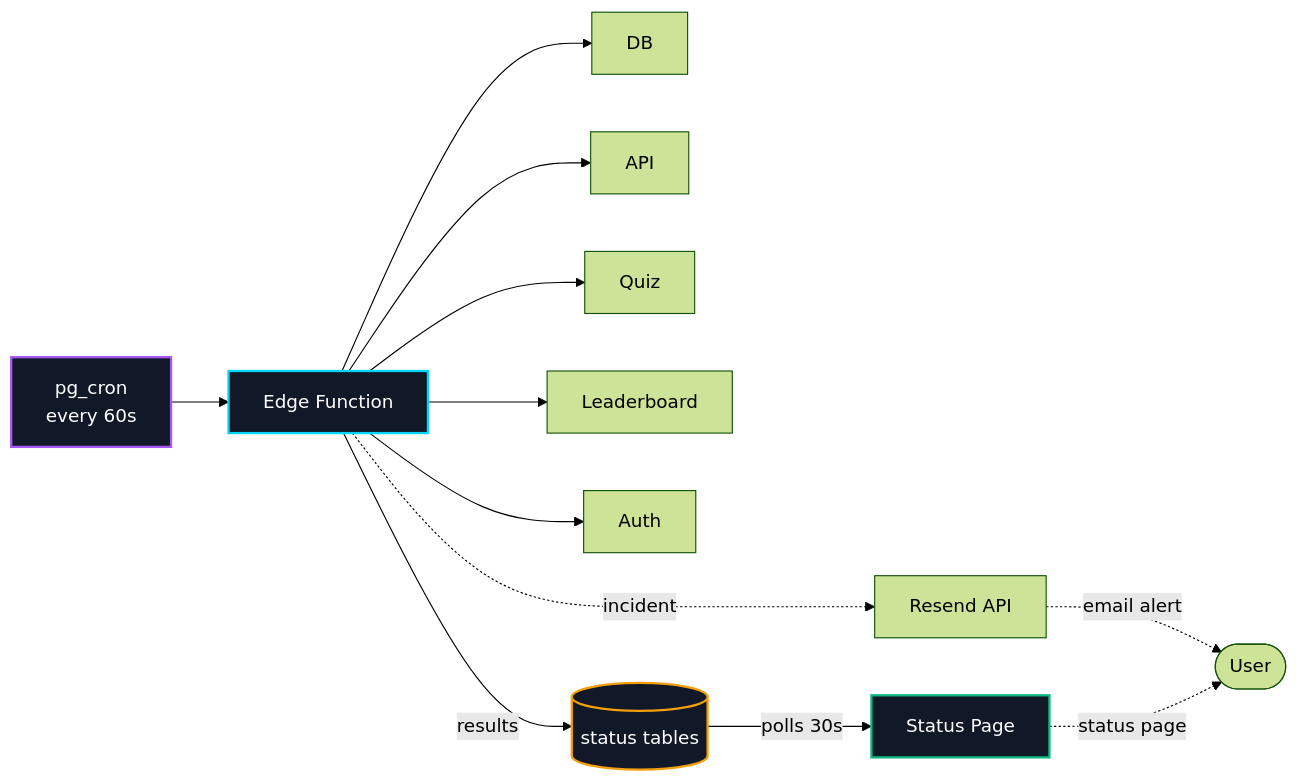
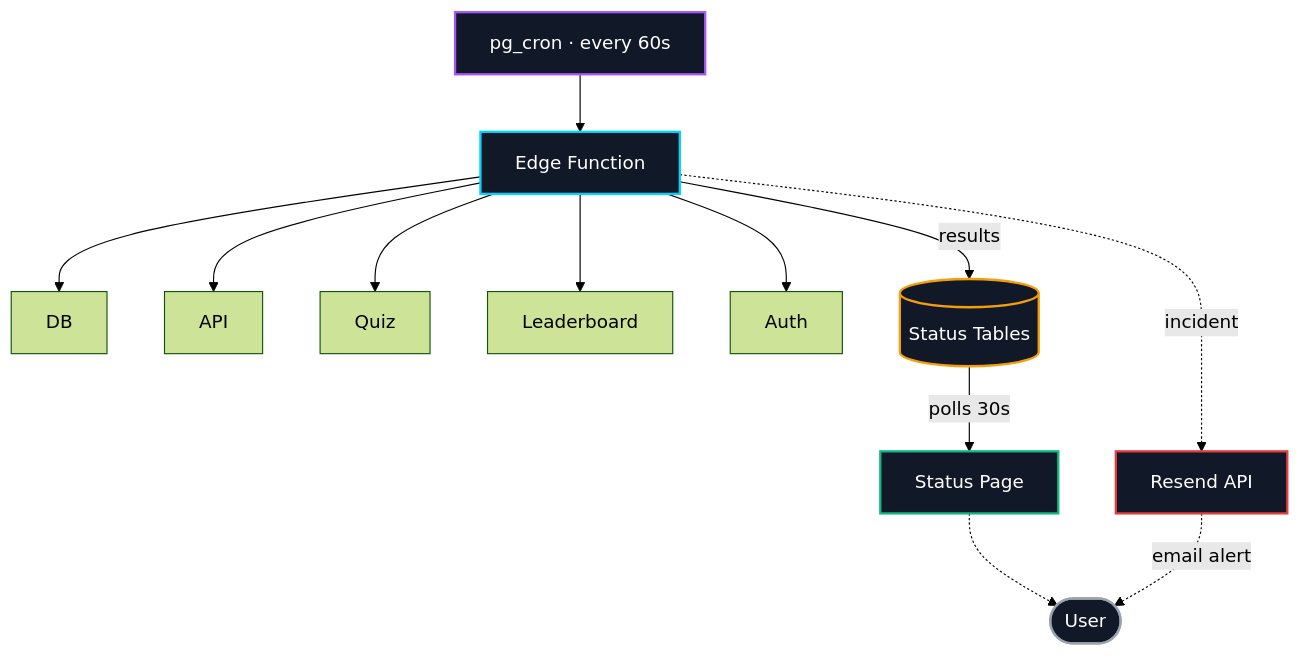
Before and after one commit to or-carmeli/KubeQuest: the fifth of 9 diagrams in README.md, drawn with Mermaid (forest theme).

Commit message:
docs: switch observability diagram to top-down layout for mobile

````diff
--- a/README.md
+++ b/README.md
@@ -209,19 +209,17 @@
 ```mermaid
-flowchart LR
-    CRON["pg_cron<br/>every 60s"] --> EDGE["Edge Function"]
-    EDGE --> DB["DB"]
-    EDGE --> API["API"]
-    EDGE --> QUIZ["Quiz"]
-    EDGE --> LB["Leaderboard"]
-    EDGE --> AUTH["Auth"]
-    EDGE -->|results| STORE[("status tables")]
+flowchart TD
+    CRON["pg_cron · every 60s"] --> EDGE["Edge Function"]
+    EDGE --> DB["DB"] & API["API"] & QUIZ["Quiz"] & LB["Leaderboard"] & AUTH["Auth"]
+    EDGE -->|results| STORE[("Status Tables")]
     STORE -->|polls 30s| UI["Status Page"]
+    UI -.-> USER([User])
     EDGE -.->|incident| RESEND["Resend API"]
-    RESEND -.->|email alert| USER([User])
-    UI -.->|status page| USER
+    RESEND -.->|email alert| USER
 
     style CRON fill:#111827,stroke:#A855F7,stroke-width:2px,color:#fff
     style EDGE fill:#111827,stroke:#00D4FF,stroke-width:2px,color:#fff
     style STORE fill:#111827,stroke:#F59E0B,stroke-width:2px,color:#fff
     style UI fill:#111827,stroke:#10B981,stroke-width:2px,color:#fff
+    style RESEND fill:#111827,stroke:#e53e3e,stroke-width:2px,color:#fff
+    style USER fill:#111827,stroke:#9CA3AF,stroke-width:2px,color:#fff
 ```
````
